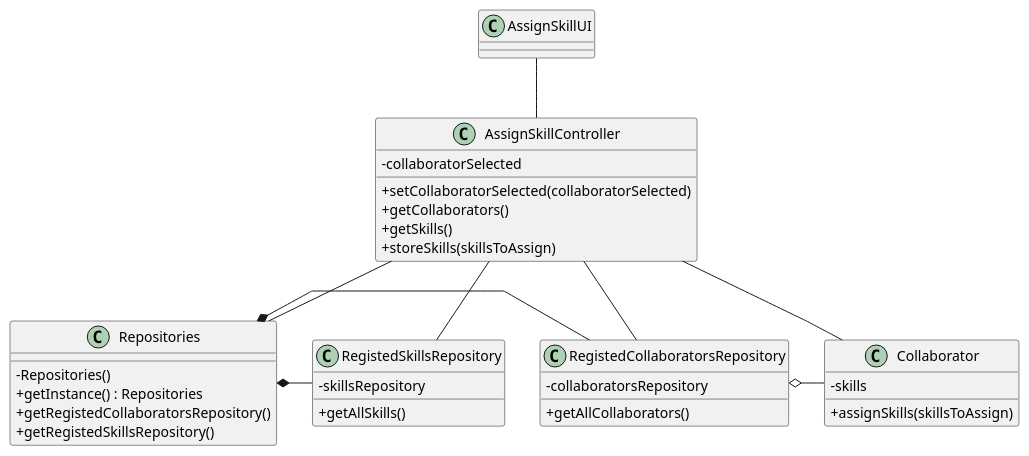
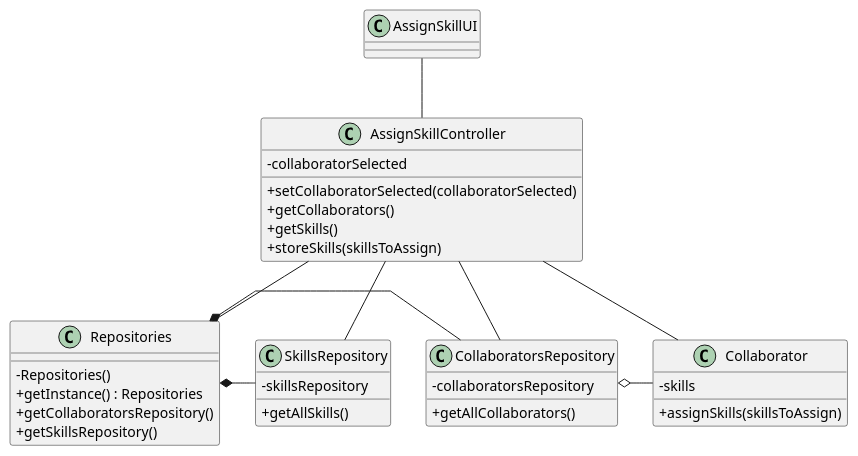
One commit to 1231360-ISEP/lei-24-s2-1db-g021 changed the diagram in docs/sprint2/us004/03.design/puml/us004-class-diagram.puml. Above: the diagram before and after it, drawn with PlantUML. The commit also changed 22 other files, not shown here.

Commit message:
Update US01 and US05 - Class Diagram and SVG.

```diff
--- a/docs/sprint2/us004/03.design/puml/us004-class-diagram.puml
+++ b/docs/sprint2/us004/03.design/puml/us004-class-diagram.puml
@@ -1,61 +1,61 @@
 @startuml
 'skinparam monochrome true
 skinparam packageStyle rectangle
 skinparam shadowing false
 skinparam linetype polyline
 'skinparam linetype orto
 
 skinparam classAttributeIconSize 0
 
 'left to right direction
 
 class Collaborator {
     -skills
     +assignSkills(skillsToAssign)
 }
 
-class RegistedSkillsRepository {
+class SkillsRepository {
     - skillsRepository
     + getAllSkills()
 }
 
-class RegistedCollaboratorsRepository {
+class CollaboratorsRepository {
     - collaboratorsRepository
     + getAllCollaborators()
 }
 
 class Repositories {
     - Repositories()
     + getInstance() : Repositories
-    + getRegistedCollaboratorsRepository()
-    + getRegistedSkillsRepository()
+    + getCollaboratorsRepository()
+    + getSkillsRepository()
 }
 
 class AssignSkillController {
     - collaboratorSelected
     + setCollaboratorSelected(collaboratorSelected)
     + getCollaborators()
     + getSkills()
     + storeSkills(skillsToAssign)
 }
 
 class AssignSkillUI {
 }
 
 AssignSkillUI -- AssignSkillController
 
 AssignSkillController -- Repositories
 
-AssignSkillController -- RegistedCollaboratorsRepository
+AssignSkillController -- CollaboratorsRepository
 
-AssignSkillController -- RegistedSkillsRepository
+AssignSkillController -- SkillsRepository
 
 AssignSkillController -- Collaborator
 
-Repositories *- RegistedCollaboratorsRepository
+Repositories *- CollaboratorsRepository
 
-Repositories *- RegistedSkillsRepository
+Repositories *- SkillsRepository
 
-RegistedCollaboratorsRepository o- Collaborator
+CollaboratorsRepository o- Collaborator
 
 @enduml
```
